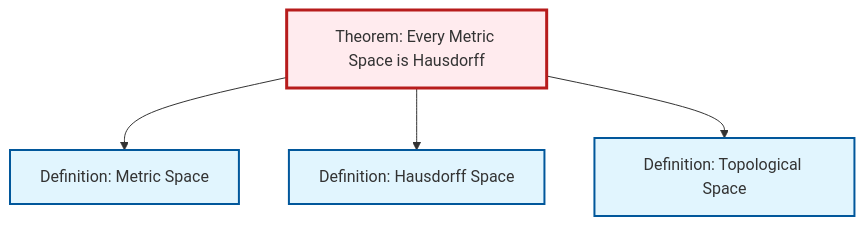
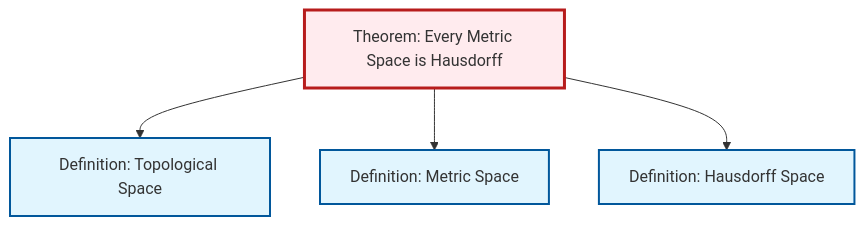
One commit to RK0429/ModernMath changed the diagram in content/en/topology/thm-metric-hausdorff.qmd. Above: the diagram before and after it, drawn with Mermaid. The commit also changed other lines of this file and 531 other files, not shown here.

````diff
--- a/content/en/topology/thm-metric-hausdorff.qmd
+++ b/content/en/topology/thm-metric-hausdorff.qmd
@@ -62,20 +62,20 @@
 ```{mermaid}
 %%| fig-cap: "Local dependency graph"
 graph TD
     classDef definition fill:#e1f5fe,stroke:#01579b,stroke-width:2px
     classDef theorem fill:#f3e5f5,stroke:#4a148c,stroke-width:2px
     classDef axiom fill:#fff3e0,stroke:#e65100,stroke-width:2px
     classDef example fill:#e8f5e9,stroke:#1b5e20,stroke-width:2px
     classDef current fill:#ffebee,stroke:#b71c1c,stroke-width:3px
     thm-metric-hausdorff["Theorem: Every Metric Space is Hausdorff"]:::theorem
     def-metric-space["Definition: Metric Space"]:::definition
+    def-topological-space["Definition: Topological Space"]:::definition
     def-hausdorff["Definition: Hausdorff Space"]:::definition
-    def-topological-space["Definition: Topological Space"]:::definition
+    thm-metric-hausdorff --> def-topological-space
     thm-metric-hausdorff --> def-metric-space
     thm-metric-hausdorff --> def-hausdorff
-    thm-metric-hausdorff --> def-topological-space
     class thm-metric-hausdorff current
     click def-metric-space "def-metric-space.html" "Go to Metric Space definition"
+    click def-topological-space "def-topological-space.html" "Go to Topological Space definition"
     click def-hausdorff "def-hausdorff.html" "Go to Hausdorff Space definition"
-    click def-topological-space "def-topological-space.html" "Go to Topological Space definition"
 ```
````
